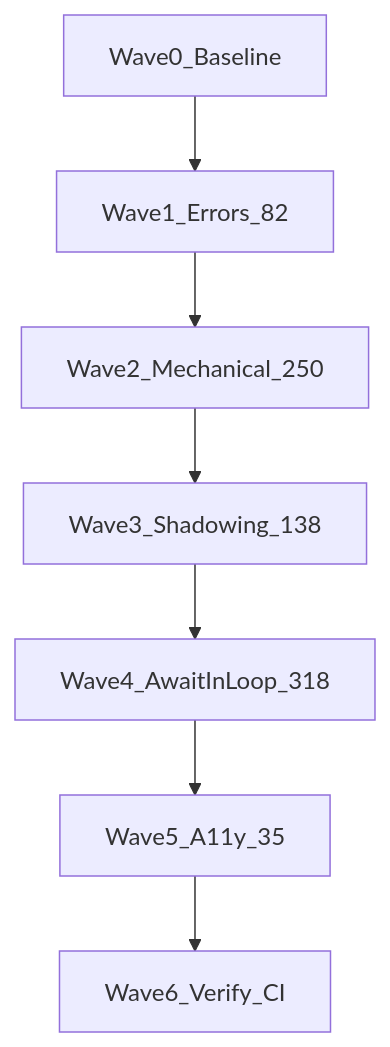
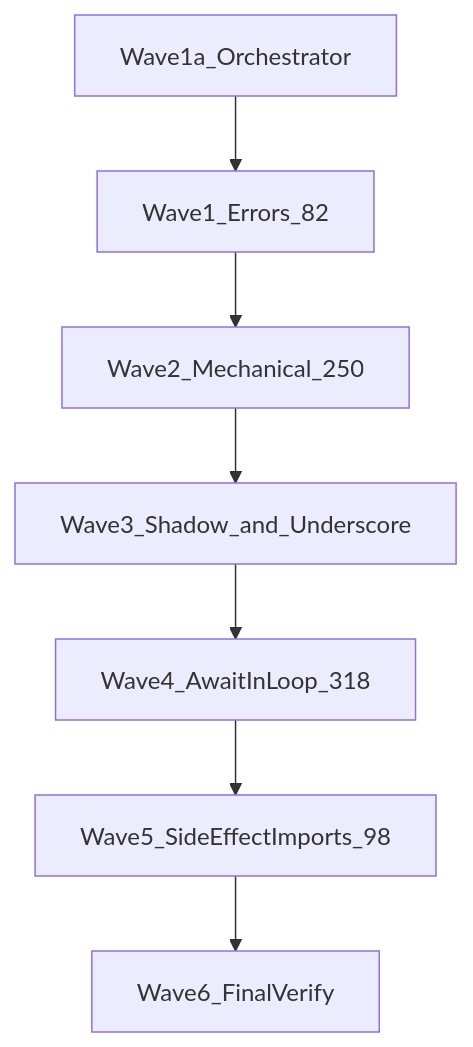
The second of 2 diagrams in .cursor/plans/fix_oxlint_issues.plan.md (sirajLMS/siraj), drawn with Mermaid before and after one commit. The commit also changed other lines of this file and 29 other files, not shown here.

````diff
--- a/.cursor/plans/fix_oxlint_issues.plan.md
+++ b/.cursor/plans/fix_oxlint_issues.plan.md
@@ -52,9 +89,9 @@
 ```mermaid
 flowchart TD
-  wave0[Wave0_Baseline] --> wave1[Wave1_Errors_82]
+  wave1a[Wave1a_Orchestrator] --> wave1[Wave1_Errors_82]
   wave1 --> wave2[Wave2_Mechanical_250]
-  wave2 --> wave3[Wave3_Shadowing_138]
+  wave2 --> wave3[Wave3_Shadow_and_Underscore]
   wave3 --> wave4[Wave4_AwaitInLoop_318]
-  wave4 --> wave5[Wave5_A11y_35]
-  wave5 --> wave6[Wave6_Verify_CI]
+  wave4 --> wave5[Wave5_SideEffectImports_98]
+  wave5 --> wave6[Wave6_FinalVerify]
 ```
````
